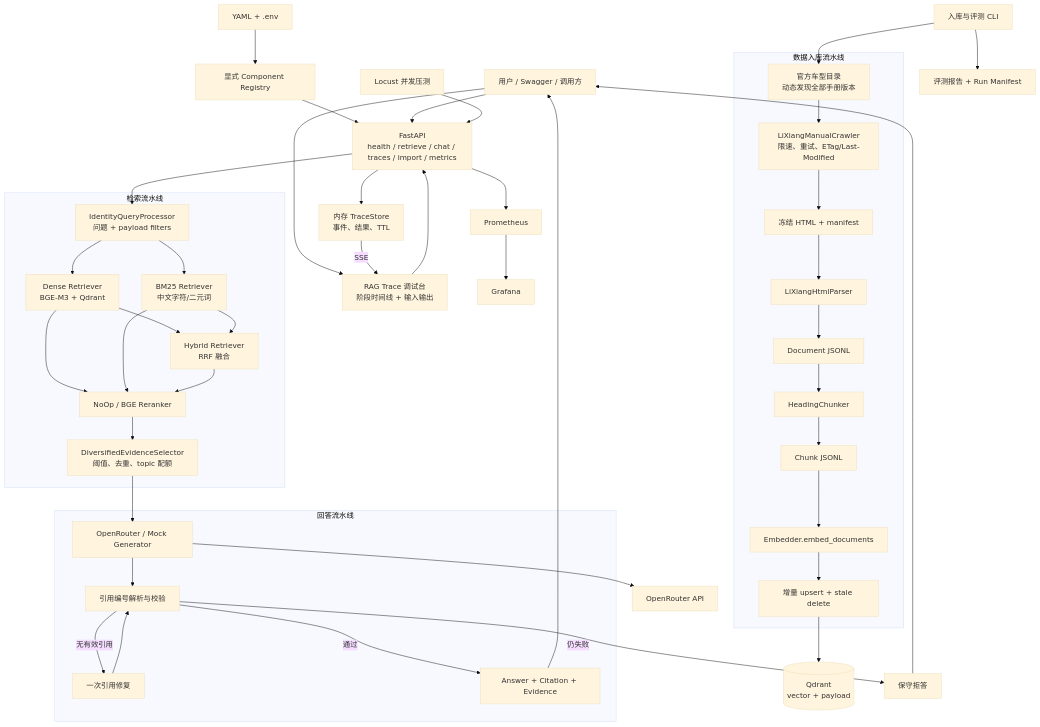
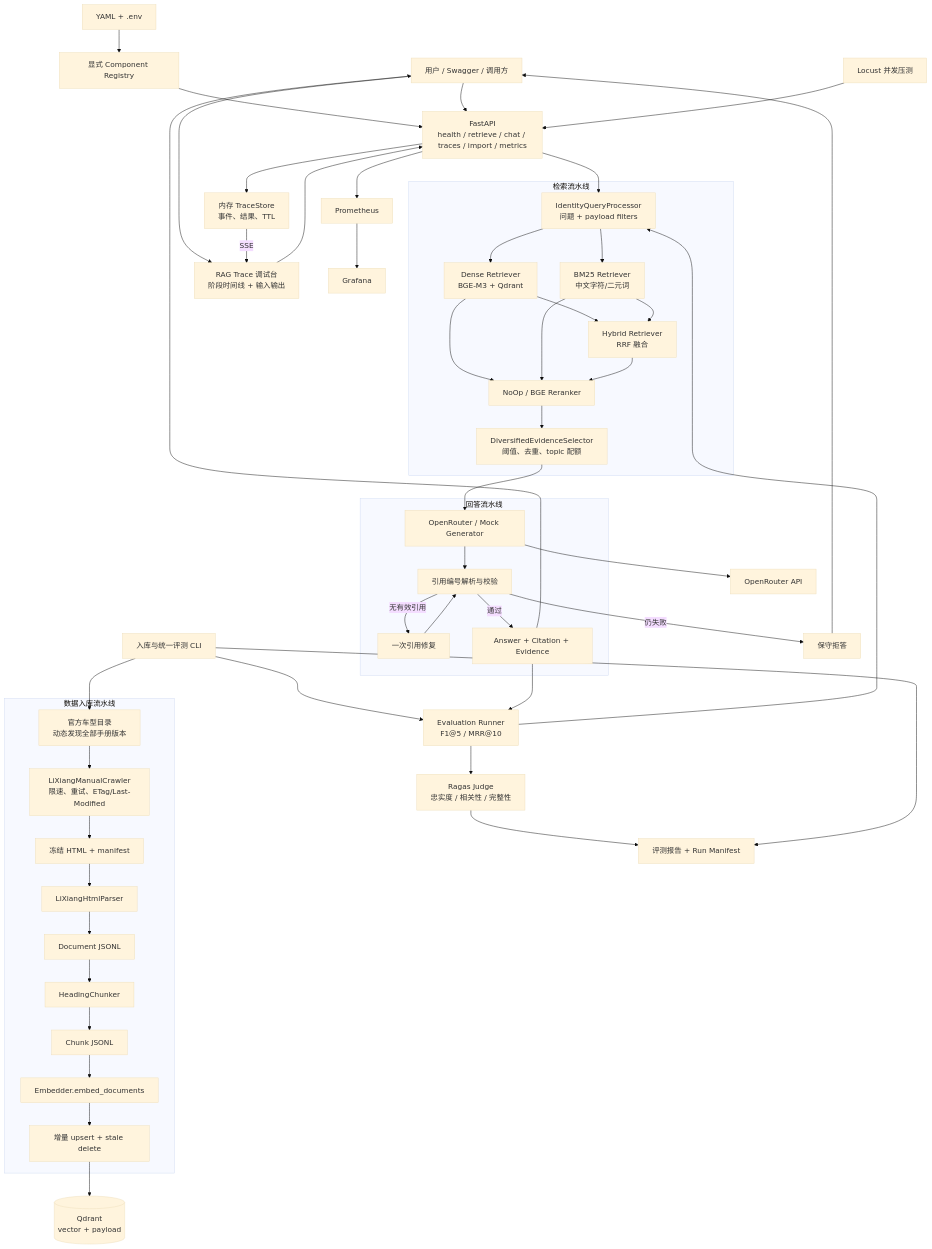
One commit to liangminghan0228/lixiang-manual-rag changed the diagram in docs/CURRENT_IMPLEMENTATION_ARCHITECTURE.md. Above: the diagram before and after it, drawn with Mermaid (base theme). The commit also changed other lines of this file and 22 other files, not shown here.

````diff
--- a/docs/CURRENT_IMPLEMENTATION_ARCHITECTURE.md
+++ b/docs/CURRENT_IMPLEMENTATION_ARCHITECTURE.md
@@ -13,67 +13,71 @@
 ```mermaid
 flowchart TB
     USER["用户 / Swagger / 调用方"]
     TRACE_UI["RAG Trace 调试台<br/>阶段时间线 + 输入输出"]
-    CLI["入库与评测 CLI"]
+    CLI["入库与统一评测 CLI"]
     LOCUST["Locust 并发压测"]
     API["FastAPI<br/>health / retrieve / chat / traces / import / metrics"]
     TRACE_STORE["内存 TraceStore<br/>事件、结果、TTL"]
     CONFIG["YAML + .env"]
     REGISTRY["显式 Component Registry"]
 
     subgraph INGEST["数据入库流水线"]
         CATALOG["官方车型目录<br/>动态发现全部手册版本"]
         CRAWLER["LiXiangManualCrawler<br/>限速、重试、ETag/Last-Modified"]
         RAW["冻结 HTML + manifest"]
         PARSER["LiXiangHtmlParser"]
         DOC["Document JSONL"]
         CHUNKER["HeadingChunker"]
         CHUNKS["Chunk JSONL"]
         EMBED_DOC["Embedder.embed_documents"]
         SYNC["增量 upsert + stale delete"]
     end
 
     subgraph RETRIEVAL["检索流水线"]
         QUERY["IdentityQueryProcessor<br/>问题 + payload filters"]
         DENSE["Dense Retriever<br/>BGE-M3 + Qdrant"]
         BM25["BM25 Retriever<br/>中文字符/二元词"]
         HYBRID["Hybrid Retriever<br/>RRF 融合"]
         RERANK["NoOp / BGE Reranker"]
         EVIDENCE["DiversifiedEvidenceSelector<br/>阈值、去重、topic 配额"]
     end
 
     subgraph GENERATION["回答流水线"]
         GEN["OpenRouter / Mock Generator"]
         VALIDATE["引用编号解析与校验"]
         REPAIR["一次引用修复"]
         ANSWER["Answer + Citation + Evidence"]
     end
 
     QDRANT[("Qdrant<br/>vector + payload")]
     OPENROUTER["OpenRouter API"]
+    RAGAS["Ragas Judge<br/>忠实度 / 相关性 / 完整性"]
+    EVAL["Evaluation Runner<br/>F1@5 / MRR@10"]
     PROM["Prometheus"]
     GRAFANA["Grafana"]
     REPORTS["评测报告 + Run Manifest"]
 
     CONFIG --> REGISTRY --> API
     USER --> API
     USER --> TRACE_UI --> API
     API --> TRACE_STORE
     TRACE_STORE -->|"SSE"| TRACE_UI
     CLI --> CATALOG --> CRAWLER --> RAW --> PARSER --> DOC --> CHUNKER --> CHUNKS --> EMBED_DOC --> SYNC --> QDRANT
+    CLI --> EVAL --> QUERY
     API --> QUERY
     QUERY --> DENSE
     QUERY --> BM25
     DENSE --> HYBRID
     BM25 --> HYBRID
     DENSE --> RERANK
     BM25 --> RERANK
     HYBRID --> RERANK --> EVIDENCE --> GEN
     GEN --> OPENROUTER
     GEN --> VALIDATE -->|"无有效引用"| REPAIR --> VALIDATE
     VALIDATE -->|"通过"| ANSWER --> USER
+    ANSWER --> EVAL --> RAGAS --> REPORTS
     VALIDATE -->|"仍失败"| REFUSE["保守拒答"] --> USER
     LOCUST --> API
     API --> PROM --> GRAFANA
     CLI --> REPORTS
 ```
````
